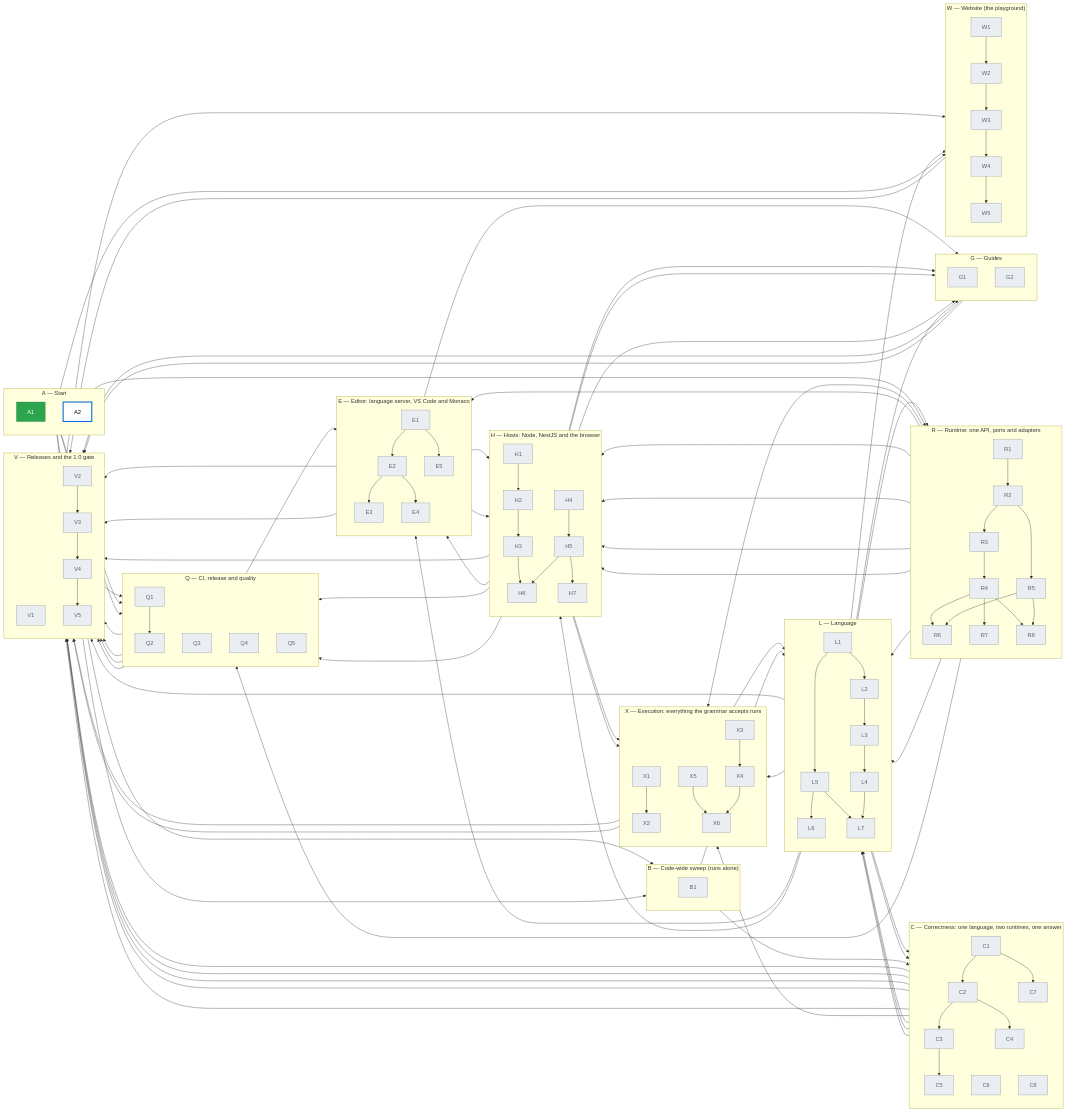
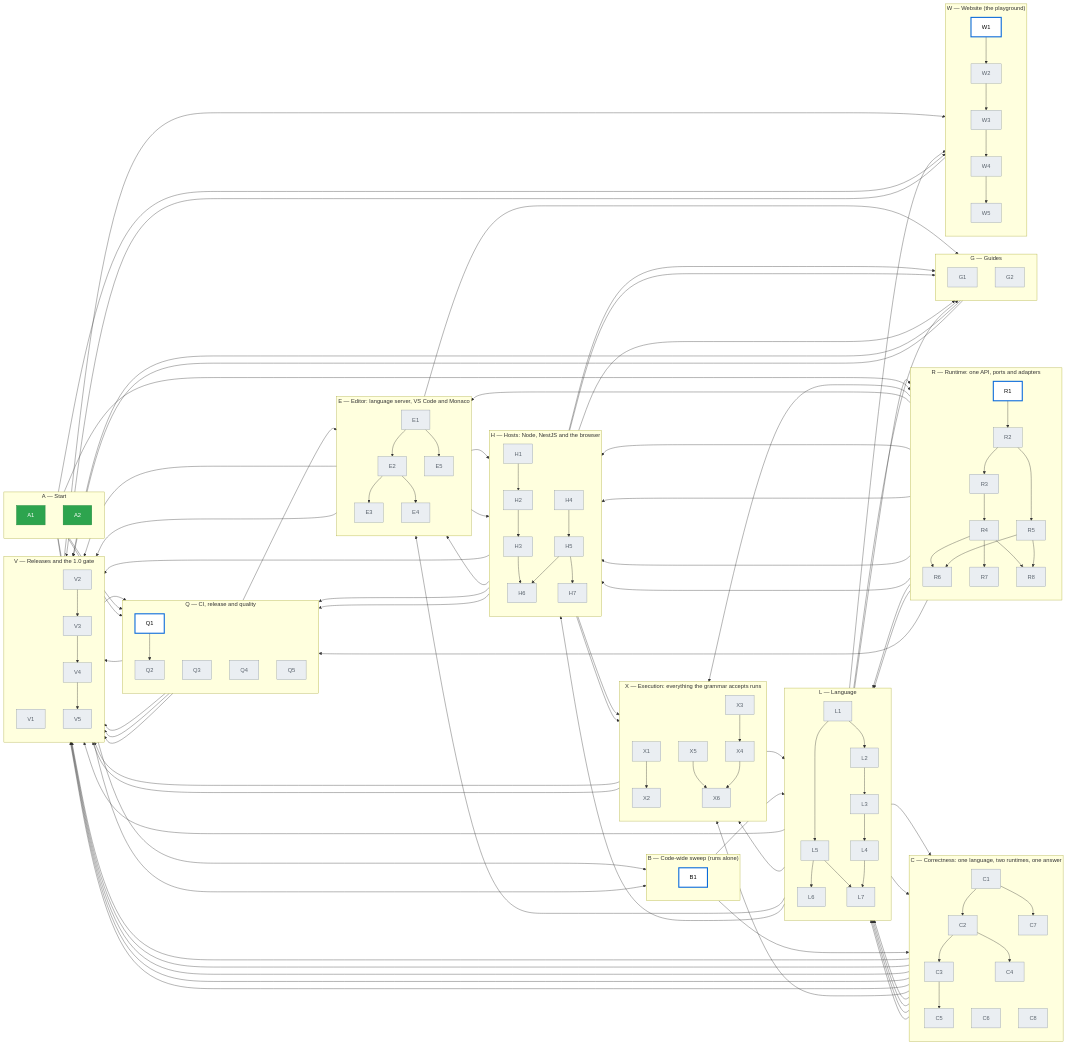
One commit to shams-app/minab changed the diagram in docs/production/progress.md. Above: the diagram before and after it, drawn with Mermaid. The commit also changed other lines of this file, not shown here.

```diff
--- a/docs/production/progress.md
+++ b/docs/production/progress.md
@@ -11,15 +11,15 @@
    subgraph lane0["A — Start"]
       direction TB
       A1["A1"]:::done
-      A2["A2"]:::ready
+      A2["A2"]:::done
    end
    subgraph lane1["B — Code-wide sweep (runs alone)"]
       direction TB
-      B1["B1"]:::todo
+      B1["B1"]:::ready
    end
    subgraph lane2["Q — CI, release and quality"]
       direction TB
-      Q1["Q1"]:::todo
+      Q1["Q1"]:::ready
       Q2["Q2"]:::todo
       Q3["Q3"]:::todo
       Q4["Q4"]:::todo
@@ -48,7 +48,7 @@
    end
    subgraph lane5["R — Runtime: one API, ports and adapters"]
       direction TB
-      R1["R1"]:::todo
+      R1["R1"]:::ready
       R2["R2"]:::todo
       R3["R3"]:::todo
       R4["R4"]:::todo
@@ -91,7 +91,7 @@
    end
    subgraph lane10["W — Website (the playground)"]
       direction TB
-      W1["W1"]:::todo
+      W1["W1"]:::ready
       W2["W2"]:::todo
       W3["W3"]:::todo
       W4["W4"]:::todo
@@ -120,6 +120,7 @@
    C1 --> L3
    L3 --> L4
    C5 --> L4
+   C4 --> L4
    L1 --> L5
    C2 --> L5
    L5 --> L6
```
